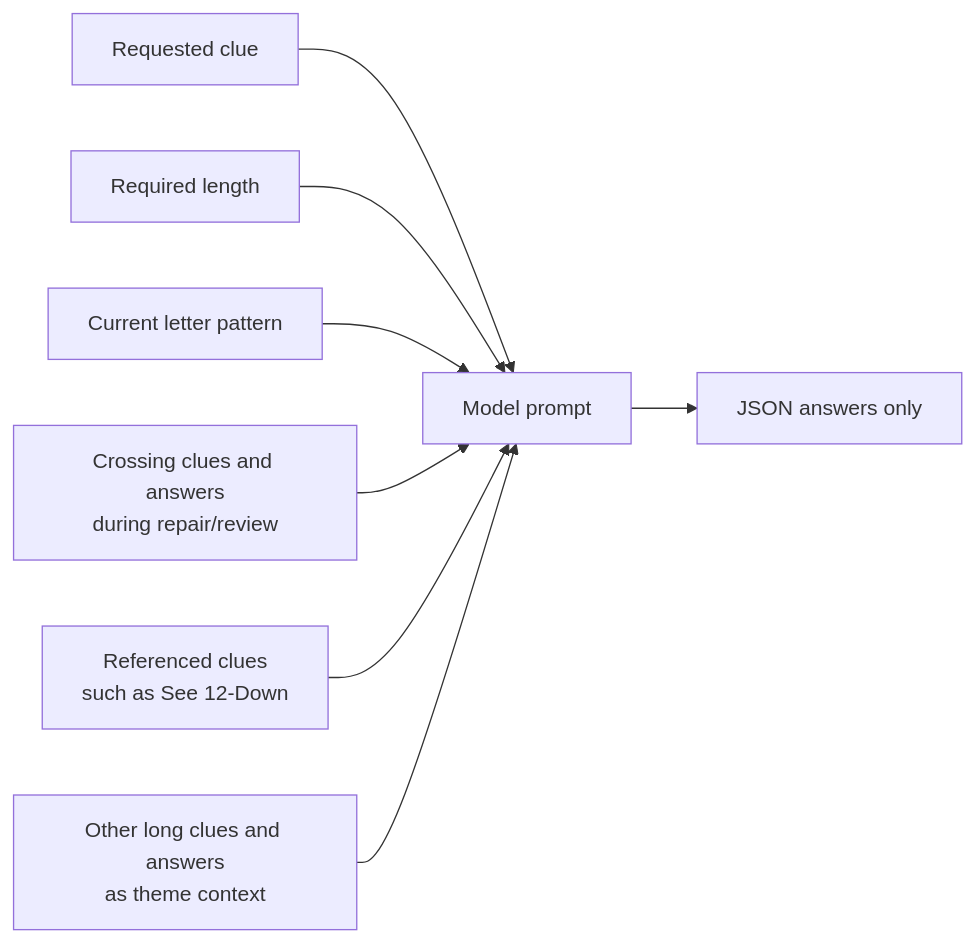
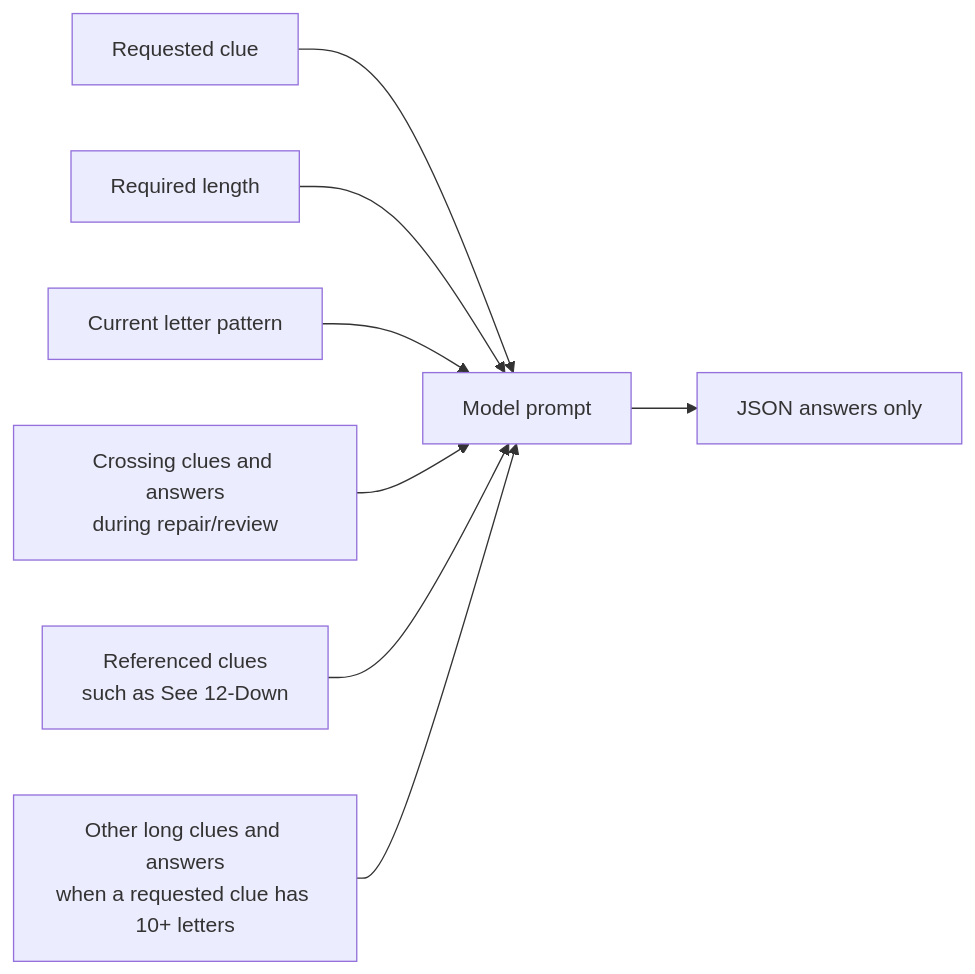
Before and after one commit to ChangYeongJeong1103/crossword-ai-agent: the third of 4 diagrams in ARCHITECTURE.md, drawn with Mermaid. The commit also changed other lines of this file, not shown here.

Commit message:
Align architecture with implementation

````diff
--- a/ARCHITECTURE.md
+++ b/ARCHITECTURE.md
@@ -108,10 +116,10 @@
 ```mermaid
 flowchart LR
   A["Requested clue"] --> P["Model prompt"]
   B["Required length"] --> P
   C["Current letter pattern"] --> P
   D["Crossing clues and answers<br/>during repair/review"] --> P
   E["Referenced clues<br/>such as See 12-Down"] --> P
-  F["Other long clues and answers<br/>as theme context"] --> P
+  F["Other long clues and answers<br/>when a requested clue has 10+ letters"] --> P
   P --> G["JSON answers only"]
 ```
````
